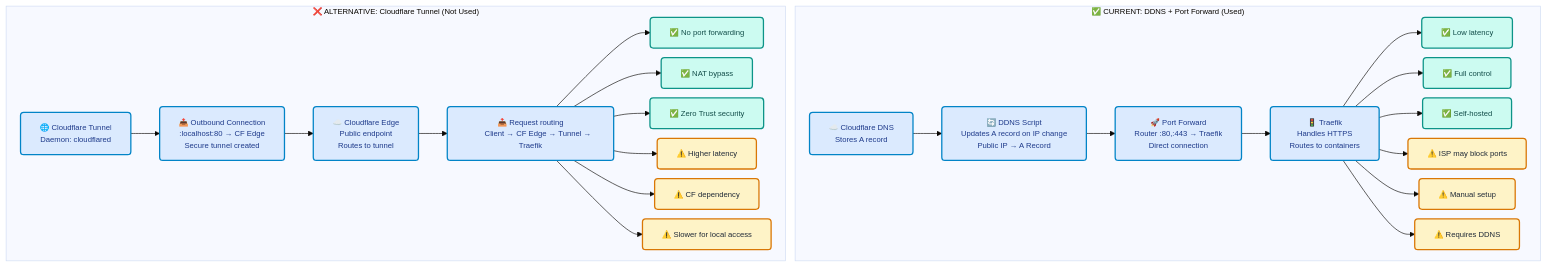
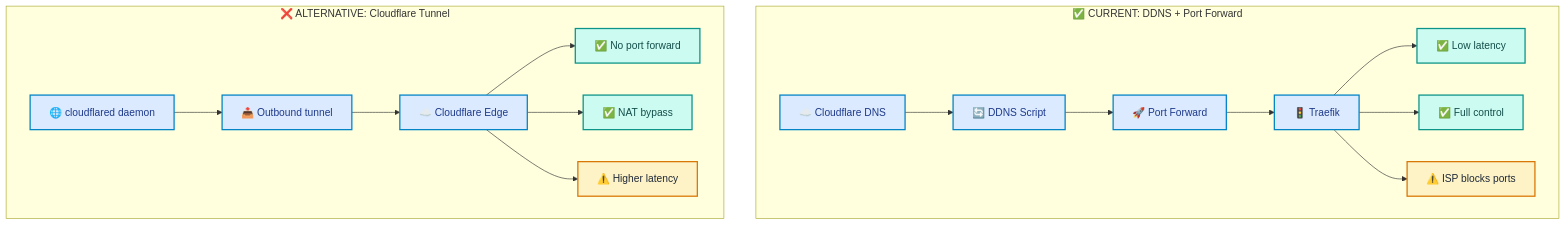
The fourth of 4 diagrams in README.md (charan-altro/self-host-lab), drawn with Mermaid before and after one commit. The commit also changed other lines of this file, not shown here.

````diff
--- a/README.md
+++ b/README.md
@@ -271,80 +125,39 @@
 ```mermaid
-%%{init: {
-  'theme': 'base',
-  'themeVariables': {
-    'background': '#F5F7FA',
-    'primaryTextColor': '#1F2937',
-    'fontSize': '12px'
-  },
-  'flowchart': { 'rankSpacing': 20, 'nodeSpacing': 15 }
-}}%%
 flowchart TB
-    classDef current fill:#C7D2FE,stroke:#4F46E5,stroke-width:2px,color:#1E3A8A,rx:6,ry:6,font-weight:bold
-    classDef alternative fill:#FEE2E2,stroke:#DC2626,stroke-width:2px,color:#7F1D1D,rx:6,ry:6,font-weight:bold
-    classDef step fill:#DBEAFE,stroke:#0284C7,stroke-width:2px,color:#1E3A8A,rx:5,ry:5
-    classDef benefit fill:#CCFBF1,stroke:#0D9488,stroke-width:2px,color:#134E4A,rx:5,ry:5
-    classDef issue fill:#FEF3C7,stroke:#D97706,stroke-width:2px,color:#1F2937,rx:5,ry:5
+    classDef current fill:#C7D2FE,stroke:#4F46E5,stroke-width:2px,color:#1E3A8A
+    classDef step fill:#DBEAFE,stroke:#0284C7,stroke-width:2px,color:#1E3A8A
+    classDef benefit fill:#CCFBF1,stroke:#0D9488,stroke-width:2px,color:#134E4A
+    classDef issue fill:#FEF3C7,stroke:#D97706,stroke-width:2px,color:#1F2937
 
-    subgraph Current["✅ CURRENT: DDNS + Port Forward (Used)"]
-        CF1["☁️ Cloudflare DNS
-        Stores A record"]:::step
-        DDNS1["🔄 DDNS Script
-        Updates A record on IP change
-        Public IP → A Record"]:::step
-        PF["🚀 Port Forward
-        Router :80,:443 → Traefik
-        Direct connection"]:::step
-        TRK["🚦 Traefik
-        Handles HTTPS
-        Routes to containers"]:::step
-        
+    subgraph Current["✅ CURRENT: DDNS + Port Forward"]
+        CF1["☁️ Cloudflare DNS"]:::step
+        DDNS1["🔄 DDNS Script"]:::step
+        PF["🚀 Port Forward"]:::step
+        TRK["🚦 Traefik"]:::step
         B1["✅ Low latency"]:::benefit
         B2["✅ Full control"]:::benefit
-        B3["✅ Self-hosted"]:::benefit
-        
-        I1["⚠️ ISP may block ports"]:::issue
-        I2["⚠️ Manual setup"]:::issue
-        I3["⚠️ Requires DDNS"]:::issue
+        I1["⚠️ ISP blocks ports"]:::issue
     end
 
-    subgraph Alternative["❌ ALTERNATIVE: Cloudflare Tunnel (Not Used)"]
-        CT["🌐 Cloudflare Tunnel
-        Daemon: cloudflared"]:::step
-        CTO["📤 Outbound Connection
-        :localhost:80 → CF Edge
-        Secure tunnel created"]:::step
-        CFEDGE["☁️ Cloudflare Edge
-        Public endpoint
-        Routes to tunnel"]:::step
-        CFREQ["📥 Request routing
-        Client → CF Edge → Tunnel → Traefik"]:::step
-        
-        B4["✅ No port forwarding"]:::benefit
+    subgraph Alternative["❌ ALTERNATIVE: Cloudflare Tunnel"]
+        CT["🌐 cloudflared daemon"]:::step
+        CTO["📤 Outbound tunnel"]:::step
+        CFEDGE["☁️ Cloudflare Edge"]:::step
+        B4["✅ No port forward"]:::benefit
         B5["✅ NAT bypass"]:::benefit
-        B6["✅ Zero Trust security"]:::benefit
-        
         I4["⚠️ Higher latency"]:::issue
-        I5["⚠️ CF dependency"]:::issue
-        I6["⚠️ Slower for local access"]:::issue
     end
 
     CF1 --> DDNS1
     DDNS1 --> PF
     PF --> TRK
     TRK --> B1
     TRK --> B2
-    TRK --> B3
     TRK --> I1
-    TRK --> I2
-    TRK --> I3
 
     CT --> CTO
     CTO --> CFEDGE
-    CFEDGE --> CFREQ
-    CFREQ --> B4
-    CFREQ --> B5
-    CFREQ --> B6
-    CFREQ --> I4
-    CFREQ --> I5
-    CFREQ --> I6
+    CFEDGE --> B4
+    CFEDGE --> B5
+    CFEDGE --> I4
 ```
````
